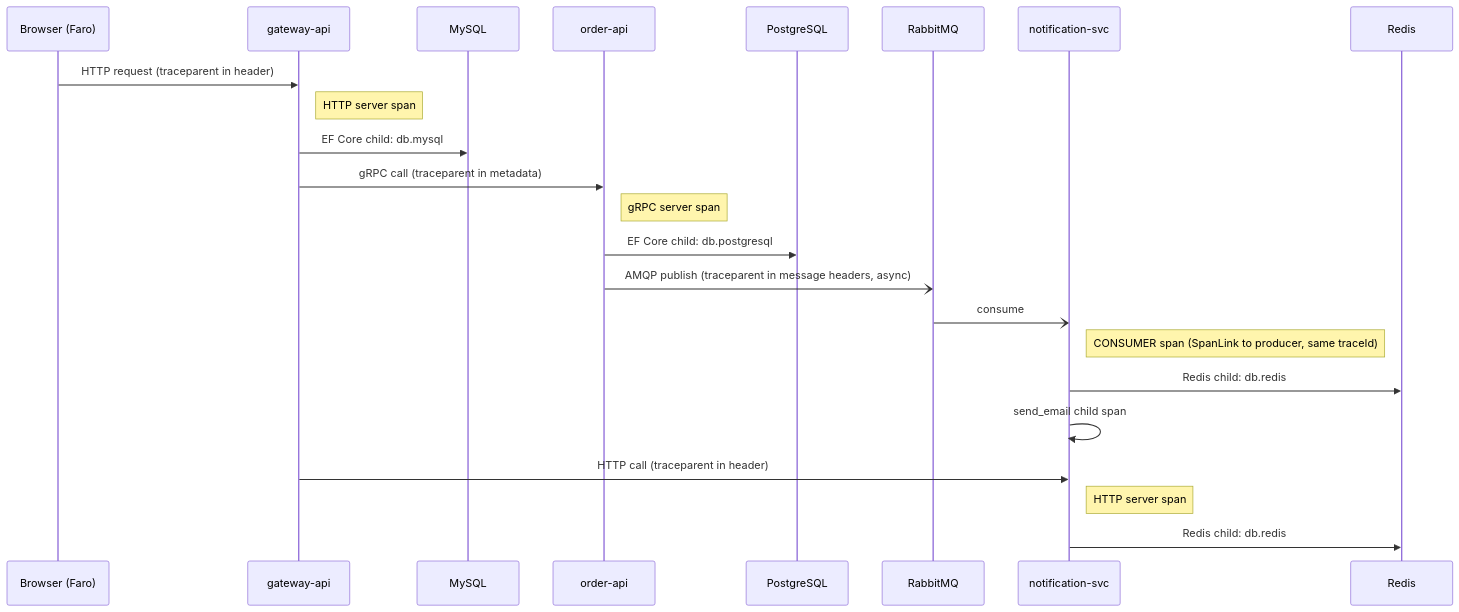
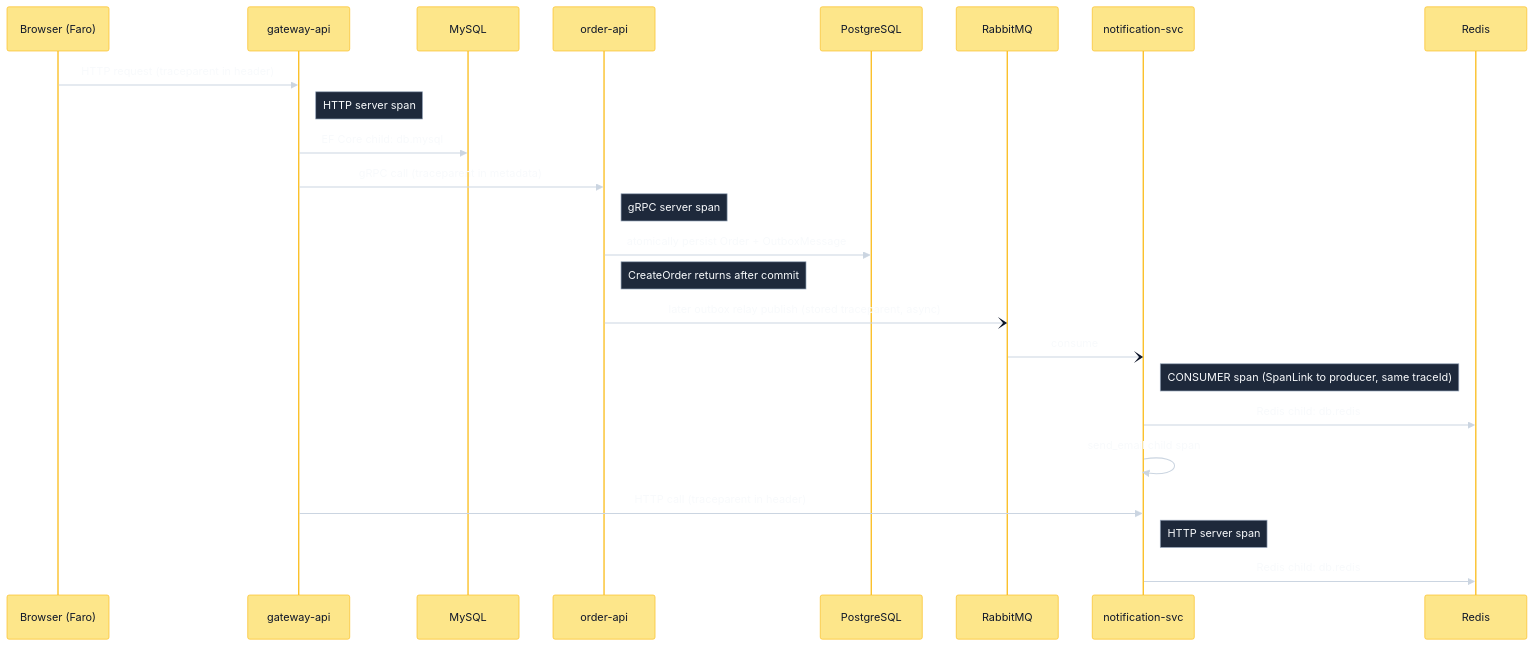
The second of 6 diagrams in docs/architecture/overview.md (shipsolid/signal-forge), drawn with Mermaid before and after one commit. The commit also changed other lines of this file and 26 other files, not shown here.

````diff
--- a/docs/architecture/overview.md
+++ b/docs/architecture/overview.md
@@ -107,26 +112,28 @@
 ```mermaid
+%%{init: {'theme':'base','themeVariables':{'background':'#0f172a','primaryColor':'#bae6fd','primaryTextColor':'#0f172a','primaryBorderColor':'#7dd3fc','secondaryColor':'#bbf7d0','tertiaryColor':'#fde68a','lineColor':'#cbd5e1','actorBkg':'#fde68a','actorBorder':'#fbbf24','actorTextColor':'#0f172a','signalColor':'#cbd5e1','signalTextColor':'#f8fafc','noteBkgColor':'#1e293b','noteTextColor':'#f8fafc','noteBorderColor':'#94a3b8'}}}%%
 sequenceDiagram
     participant Browser as Browser (Faro)
     participant Gateway as gateway-api
     participant MySQL
     participant Order as order-api
     participant Postgres as PostgreSQL
     participant RabbitMQ
     participant Notif as notification-svc
     participant Redis
 
     Browser->>Gateway: HTTP request (traceparent in header)
     Note right of Gateway: HTTP server span
     Gateway->>MySQL: EF Core child: db.mysql
     Gateway->>Order: gRPC call (traceparent in metadata)
     Note right of Order: gRPC server span
-    Order->>Postgres: EF Core child: db.postgresql
-    Order-)RabbitMQ: AMQP publish (traceparent in message headers, async)
+    Order->>Postgres: atomically persist Order + OutboxMessage
+    Note right of Order: CreateOrder returns after commit
+    Order-)RabbitMQ: later outbox relay publish (stored traceparent, async)
     RabbitMQ-)Notif: consume
     Note right of Notif: CONSUMER span (SpanLink to producer, same traceId)
     Notif->>Redis: Redis child: db.redis
     Notif->>Notif: send_email child span
     Gateway->>Notif: HTTP call (traceparent in header)
     Note right of Notif: HTTP server span
     Notif->>Redis: Redis child: db.redis
 ```
````
